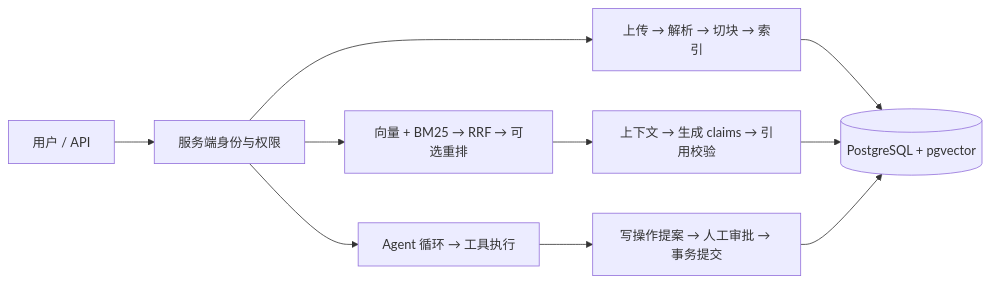
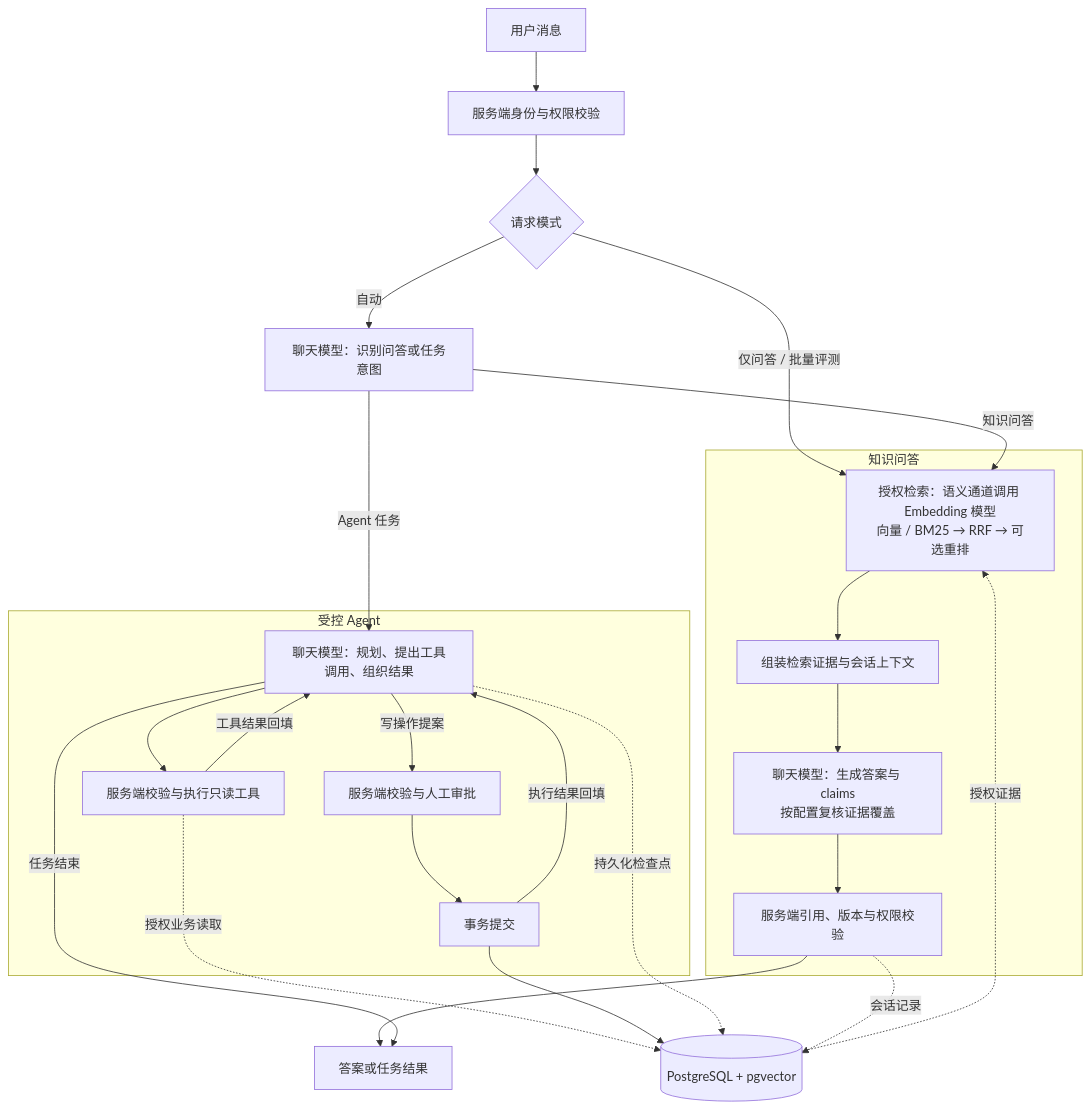
Before and after one commit to thxuan/knowledgeops-copilot: the first of 2 diagrams in README.md, drawn with Mermaid. The commit also changed other lines of this file and 1 other file, not shown here.

Commit message:
Clarify model calls and Agent pricing in architecture and setup guides

````diff
--- a/README.md
+++ b/README.md
@@ -26,12 +26,33 @@
 ```mermaid
-flowchart LR
-    U[用户 / API] --> I[服务端身份与权限]
-    I --> D[上传 → 解析 → 切块 → 索引]
-    I --> R[向量 + BM25 → RRF → 可选重排]
-    R --> C[上下文 → 生成 claims → 引用校验]
-    I --> A[Agent 循环 → 工具执行]
-    A --> P[写操作提案 → 人工审批 → 事务提交]
-    D --> DB[(PostgreSQL + pgvector)]
-    C --> DB
-    P --> DB
+flowchart TB
+    U[用户消息] --> I[服务端身份与权限校验]
+    I --> M{请求模式}
+    M -->|自动| Q[聊天模型：识别问答或任务意图]
+    M -->|仅问答 / 批量评测| R
+    Q -->|知识问答| R
+    Q -->|Agent 任务| A
+
+    subgraph RAG[知识问答]
+        R[授权检索：语义通道调用 Embedding 模型<br/>向量 / BM25 → RRF → 可选重排]
+        R --> C[组装检索证据与会话上下文]
+        C --> G[聊天模型：生成答案与 claims<br/>按配置复核证据覆盖]
+        G --> V[服务端引用、版本与权限校验]
+    end
+
+    subgraph AGENT[受控 Agent]
+        A[聊天模型：规划、提出工具调用、组织结果]
+        A --> T[服务端校验与执行只读工具]
+        T -->|工具结果回填| A
+        A -->|写操作提案| P[服务端校验与人工审批]
+        P --> W[事务提交]
+        W -->|执行结果回填| A
+    end
+
+    V --> O[答案或任务结果]
+    A -->|任务结束| O
+    DB[(PostgreSQL + pgvector)] -.授权证据.-> R
+    T -.授权业务读取.-> DB
+    W --> DB
+    A -.持久化检查点.-> DB
+    V -.会话记录.-> DB
 ```
````
